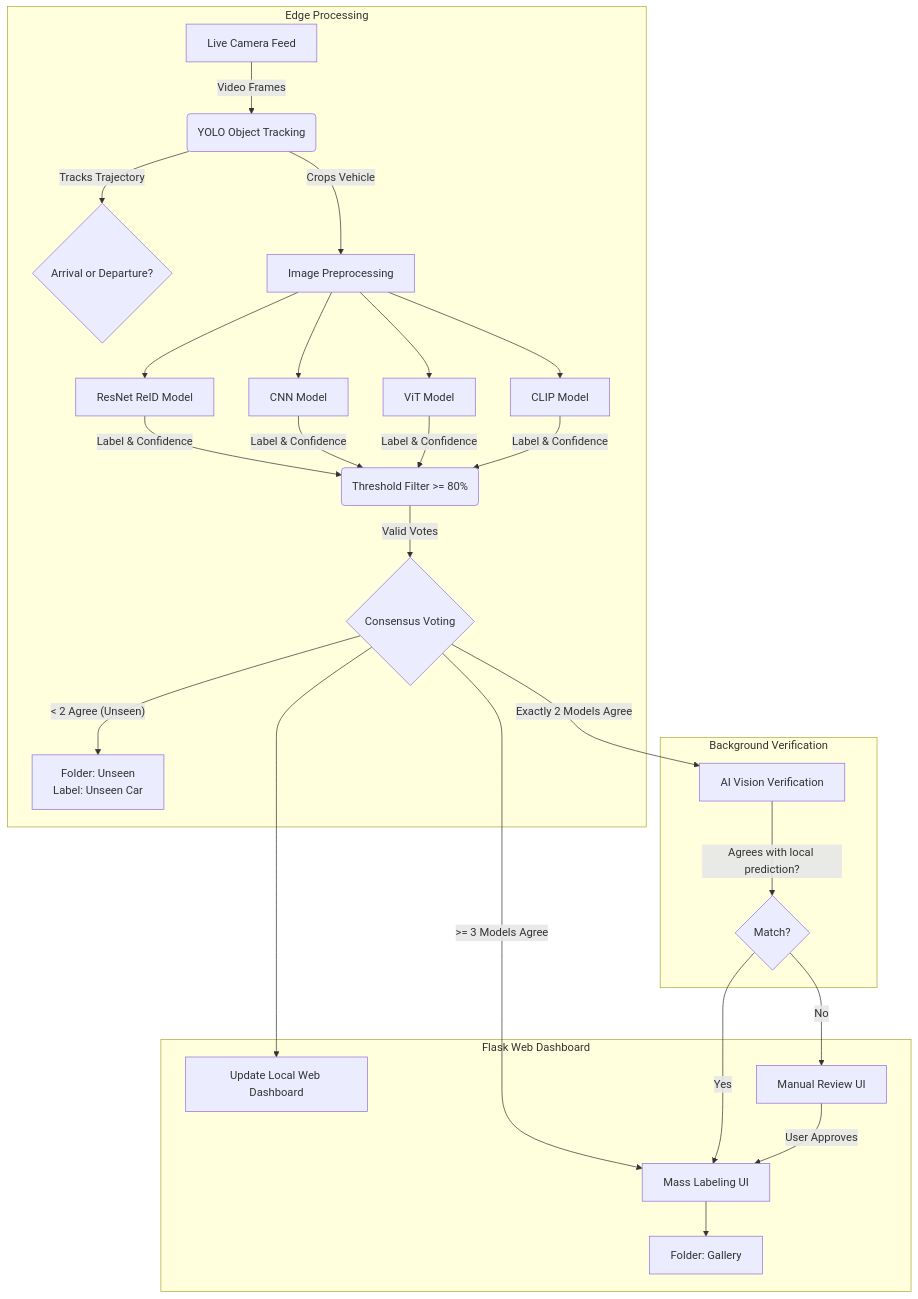
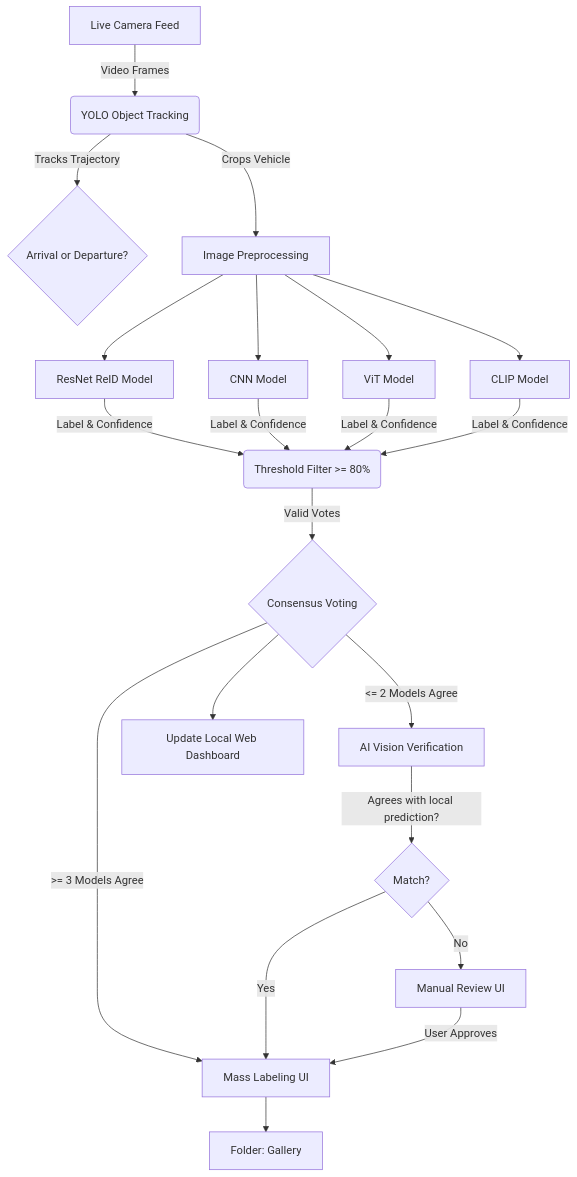
Before and after one commit to Nuisey/CaReID: the diagram in README.md, drawn with Mermaid. The commit also changed other lines of this file, not shown here.

Commit message:
Apply user layout updates and add cache buster to force GitHub to refresh the Mermaid diagram

````diff
--- a/README.md
+++ b/README.md
@@ -23,43 +23,35 @@
 ```mermaid
 flowchart TD
+    %% cache-buster: v2
 
-    subgraph Edge Processing
-        A[Live Camera Feed] -->|Video Frames| B(YOLO Object Tracking)
-        B -->|Tracks Trajectory| C{Arrival or Departure?}
-        B -->|Crops Vehicle| D[Image Preprocessing]
-  
-        D --> E[ResNet ReID Model]
-        D --> F[CNN Model]
-        D --> G[ViT Model]
-        D --> H[CLIP Model]
-  
-        E & F & G & H -->|Label & Confidence| I(Threshold Filter >= 80%)
-        I -->|Valid Votes| J{Consensus Voting}
-        
-        M[Folder: Unseen\nLabel: Unseen Car]
-    end
+    A[Live Camera Feed] -->|Video Frames| B(YOLO Object Tracking)
+    B -->|Tracks Trajectory| C{Arrival or Departure?}
+    B -->|Crops Vehicle| D[Image Preprocessing]
 
-    subgraph Background Verification
-        P[AI Vision Verification]
-        Q{Match?}
-    end
-  
-    subgraph Flask Web Dashboard
-        O[Update Local Web Dashboard]
-        R[Manual Review UI]
-        S[Mass Labeling UI]
-        T[Folder: Gallery]
-    end
+    D --> E[ResNet ReID Model]
+    D --> F[CNN Model]
+    D --> G[ViT Model]
+    D --> H[CLIP Model]
+
+    E & F & G & H -->|Label & Confidence| I(Threshold Filter >= 80%)
+    I -->|Valid Votes| J{Consensus Voting}
+    
+    P[AI Vision Verification]
+    Q{Match?}
+
+    O[Update Local Web Dashboard]
+    R[Manual Review UI]
+    S[Mass Labeling UI]
+    T[Folder: Gallery]
 
     J -- ">= 3 Models Agree" --> S
-    J -- "Exactly 2 Models Agree" --> P
-    J -- "< 2 Agree (Unseen)" --> M
+    J -- "<= 2 Models Agree" --> P
     
     P -->|Agrees with local prediction?| Q
     Q -- Yes --> S
     
     J --> O
     Q -- No --> R
     R -- User Approves --> S
     S --> T
 ```
````
